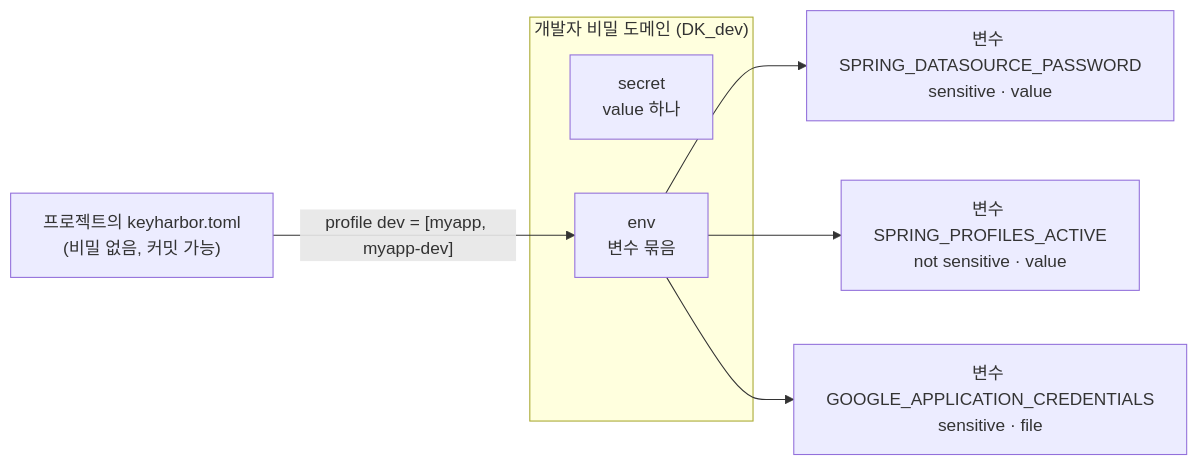
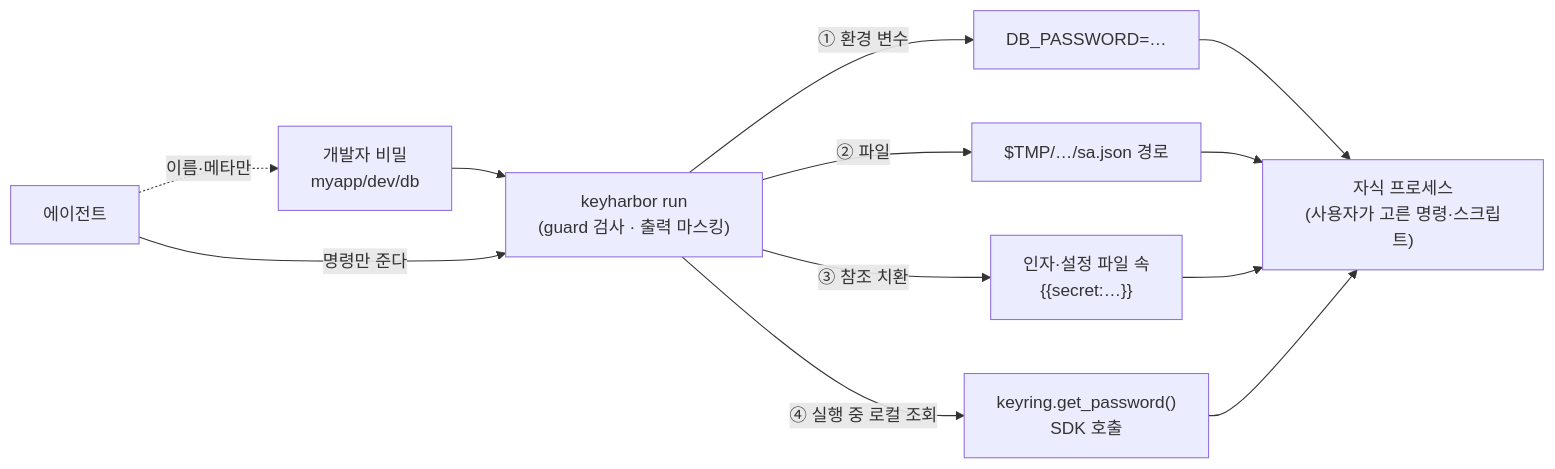
One commit to LeeSwallow/KeyHarbor changed the diagram in docs/superpowers/specs/2026-10-29-developer-secrets-design.md. Above: the diagram before and after it, drawn with Mermaid. The commit also changed other lines of this file, not shown here.

````diff
--- a/docs/superpowers/specs/2026-10-29-developer-secrets-design.md
+++ b/docs/superpowers/specs/2026-10-29-developer-secrets-design.md
@@ -23,11 +30,11 @@
 ```mermaid
 flowchart LR
-  subgraph DEV["개발자 비밀 도메인 (DK_dev)"]
-    S["secret<br/>value 하나"]
-    E["env<br/>변수 묶음"]
-  end
-  E --> V1["변수 SPRING_DATASOURCE_PASSWORD<br/>sensitive · value"]
-  E --> V2["변수 SPRING_PROFILES_ACTIVE<br/>not sensitive · value"]
-  E --> V3["변수 GOOGLE_APPLICATION_CREDENTIALS<br/>sensitive · file"]
-  P["프로젝트의 keyharbor.toml<br/>(비밀 없음, 커밋 가능)"] -->|"profile dev = [myapp, myapp-dev]"| E
+  V["개발자 비밀<br/>myapp/dev/db"] --> R["keyharbor run<br/>(guard 검사 · 출력 마스킹)"]
+  R -->|"① 환경 변수"| P1["DB_PASSWORD=…"]
+  R -->|"② 파일"| P2["$TMP/…/sa.json 경로"]
+  R -->|"③ 참조 치환"| P3["인자·설정 파일 속<br/>{{secret:…}}"]
+  R -->|"④ 실행 중 로컬 조회"| P4["keyring.get_password()<br/>SDK 호출"]
+  P1 & P2 & P3 & P4 --> C["자식 프로세스<br/>(사용자가 고른 명령·스크립트)"]
+  A["에이전트"] -. "이름·메타만" .-> V
+  A -->|"명령만 준다"| R
 ```
````
